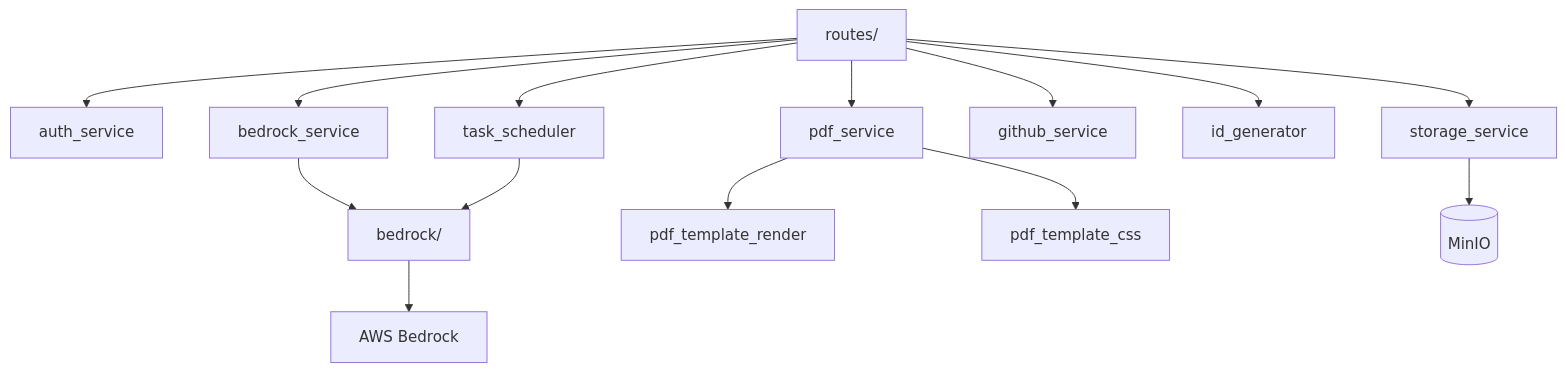
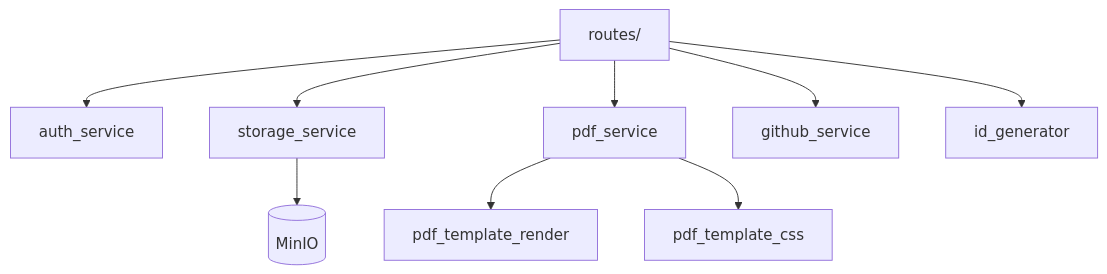
Before and after one commit to cjhirashi/cjhirashi-career: the diagram in cjhirashi-career-api/src/services/README.md, drawn with Mermaid. The commit also changed other lines of this file and 82 other files, not shown here.

````diff
--- a/cjhirashi-career-api/src/services/README.md
+++ b/cjhirashi-career-api/src/services/README.md
@@ -7,16 +7,11 @@
 ```mermaid
 flowchart TB
     Routes[routes/] --> AuthS[auth_service]
-    Routes --> BedrockS[bedrock_service]
     Routes --> Storage[storage_service]
     Routes --> PDF[pdf_service]
     Routes --> GH[github_service]
     Routes --> IDs[id_generator]
-    BedrockS --> Harness[bedrock/]
-    Routes --> TaskSched[task_scheduler]
-    TaskSched --> Harness
     PDF --> Render[pdf_template_render]
     PDF --> CSS[pdf_template_css]
-    Harness --> AWS[AWS Bedrock]
     Storage --> MinIO[(MinIO)]
 ```
````
